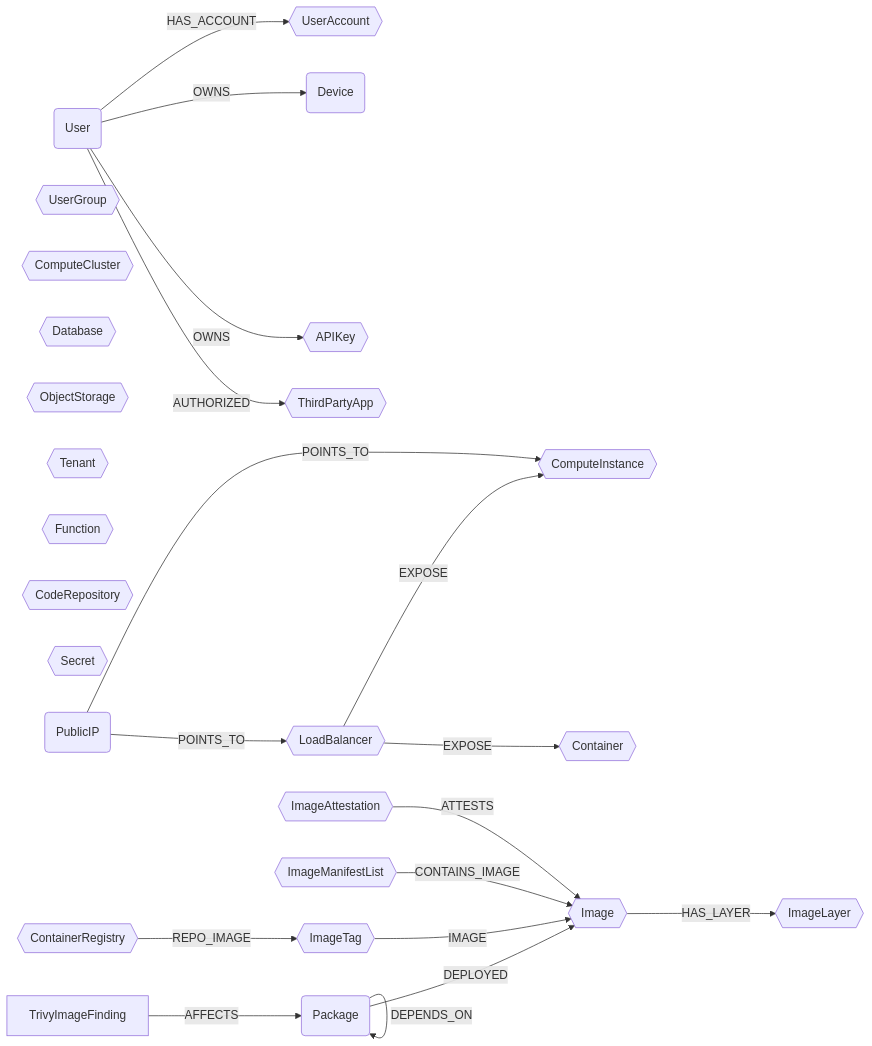
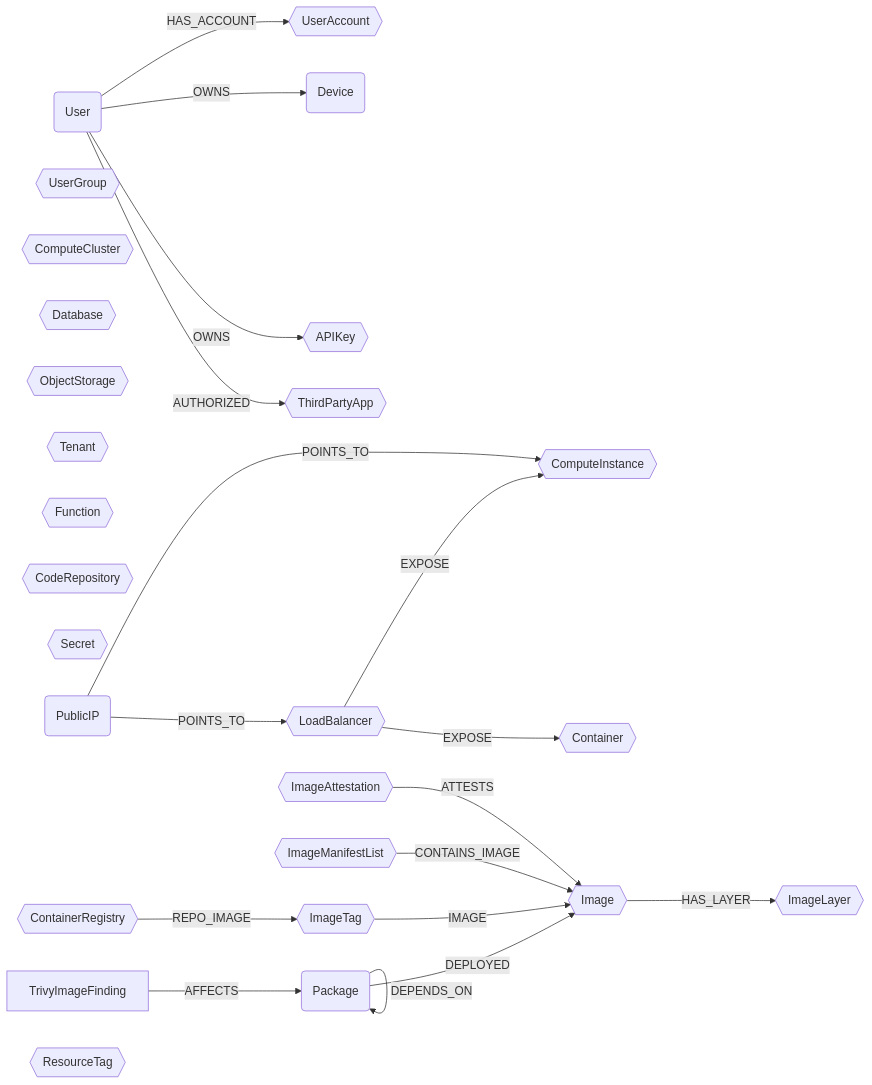
Before and after one commit to cartography-cncf/cartography: the diagram in docs/root/modules/ontology/schema.md, drawn with Mermaid. The commit also changed other lines of this file and 5 other files, not shown here.

Commit message:
feat: add ResourceTag semantic label for cross-cloud querying of tags and labels

````diff
--- a/docs/root/modules/ontology/schema.md
+++ b/docs/root/modules/ontology/schema.md
@@ -6,28 +6,29 @@
 ```mermaid
 graph LR
 
 U(User) -- HAS_ACCOUNT --> UA{{UserAccount}}
 U -- OWNS --> CC(Device)
 U -- OWNS --> AK{{APIKey}}
 U -- AUTHORIZED --> OA{{ThirdPartyApp}}
 UG{{UserGroup}}
 LB{{LoadBalancer}} -- EXPOSE --> CI{{ComputeInstance}}
 LB{{LoadBalancer}} -- EXPOSE --> CT{{Container}}
 CL{{ComputeCluster}}
 DB{{Database}}
 OS{{ObjectStorage}}
 TN{{Tenant}}
 FN{{Function}}
 REPO{{CodeRepository}}
 SC{{Secret}}
 PIP(PublicIP) -- POINTS_TO --> LB
 PIP -- POINTS_TO --> CI
 PKG(Package) -- DEPLOYED --> IM{{Image}}
 PKG -- DEPENDS_ON --> PKG
 F[TrivyImageFinding] -- AFFECTS --> PKG
 CR{{ContainerRegistry}} -- REPO_IMAGE --> IT{{ImageTag}}
 IT -- IMAGE --> IM
 IML{{ImageManifestList}} -- CONTAINS_IMAGE --> IM
 IA{{ImageAttestation}} -- ATTESTS --> IM
 IM -- HAS_LAYER --> IL{{ImageLayer}}
+RT{{ResourceTag}}
 ```
````
